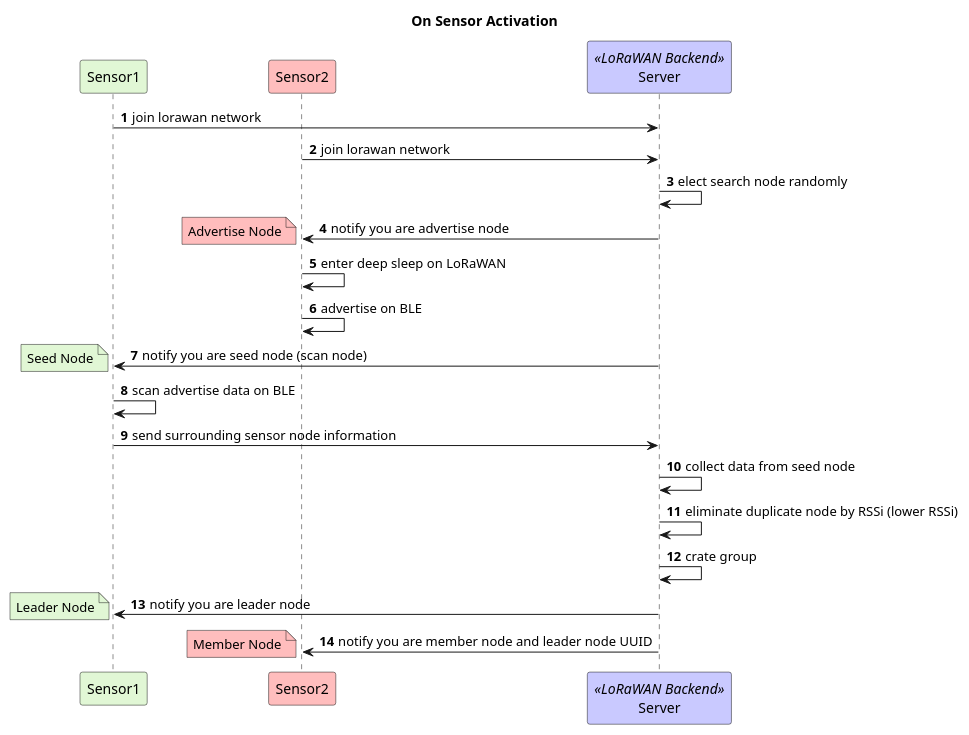
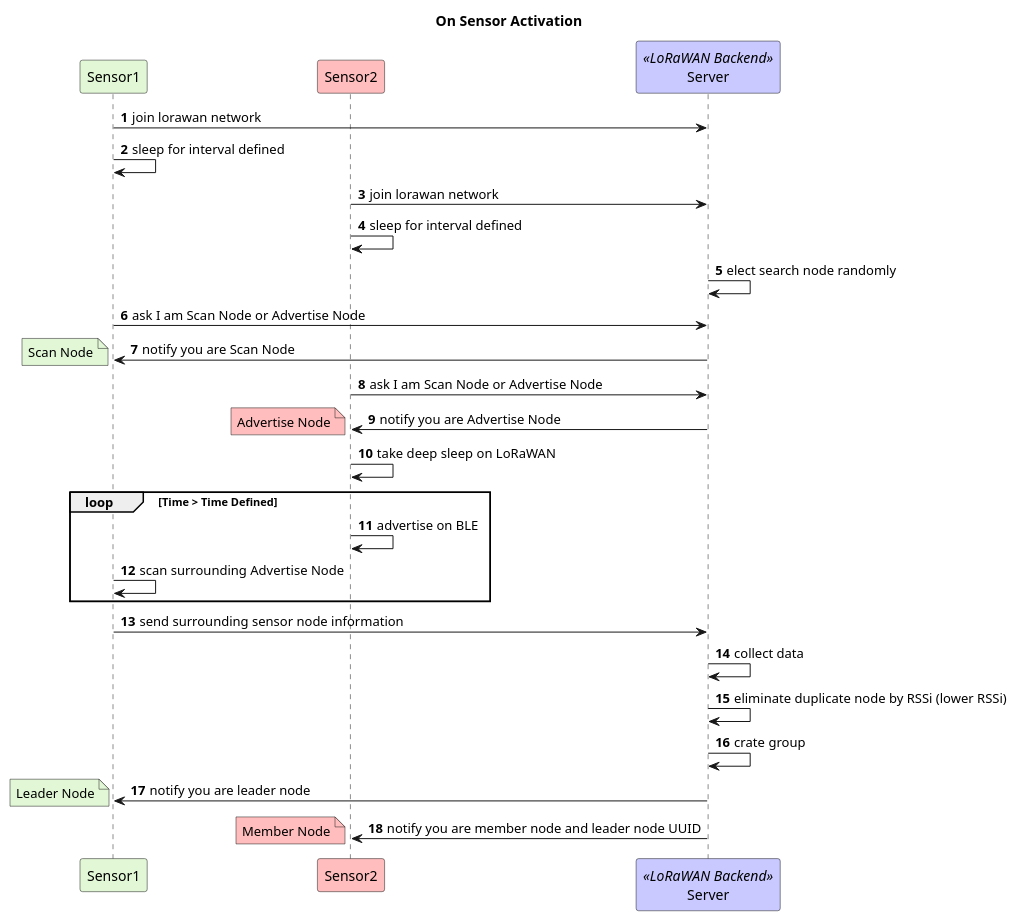
The diagram in docs/tarako-ina-system-on-activation.puml (tozastation/heterogeneous-signal), drawn with PlantUML before and after one commit. The commit also changed 9 other files, not shown here.

Commit message:
fix: sequence chart

```diff
--- a/docs/tarako-ina-system-on-activation.puml
+++ b/docs/tarako-ina-system-on-activation.puml
@@ -1,37 +1,45 @@
 @startuml
 title On Sensor Activation
 autonumber
 'Entity
 participant Sensor1 as sensor1 #e1f7d5
 participant Sensor2 as sensor2 #ffbdbd
 participant Server as backend <<LoRaWAN Backend>> #c9c9ff
 'Sequence
 sensor1 -> backend: join lorawan network
+sensor1 -> sensor1: sleep for interval defined
+
 sensor2 -> backend: join lorawan network
+sensor2 -> sensor2: sleep for interval defined
 backend -> backend: elect search node randomly
 
-backend -> sensor2: notify you are advertise node
+sensor1 -> backend: ask I am Scan Node or Advertise Node
+backend -> sensor1: notify you are Scan Node
+note left #e1f7d5
+Scan Node
+end note
+sensor2 -> backend: ask I am Scan Node or Advertise Node
+backend -> sensor2: notify you are Advertise Node
 note left #ffbdbd
 Advertise Node
 end note
-sensor2 -> sensor2: enter deep sleep on LoRaWAN
-sensor2 -> sensor2: advertise on BLE
-backend -> sensor1: notify you are seed node (scan node)
-note left #e1f7d5
-Seed Node
-end note
-sensor1 -> sensor1: scan advertise data on BLE
+sensor2 -> sensor2: take deep sleep on LoRaWAN
+
+loop Time > Time Defined
+    sensor2 -> sensor2: advertise on BLE
+    sensor1 -> sensor1: scan surrounding Advertise Node
+end
 sensor1 -> backend: send surrounding sensor node information
 'backend processing
-backend -> backend: collect data from seed node
+backend -> backend: collect data
 backend -> backend: eliminate duplicate node by RSSi (lower RSSi)
 backend -> backend: crate group
 backend -> sensor1: notify you are leader node
 note left #e1f7d5
 Leader Node
 end note
 backend -> sensor2: notify you are member node and leader node UUID
 note left #ffbdbd
 Member Node
 end note
 @enduml
```
